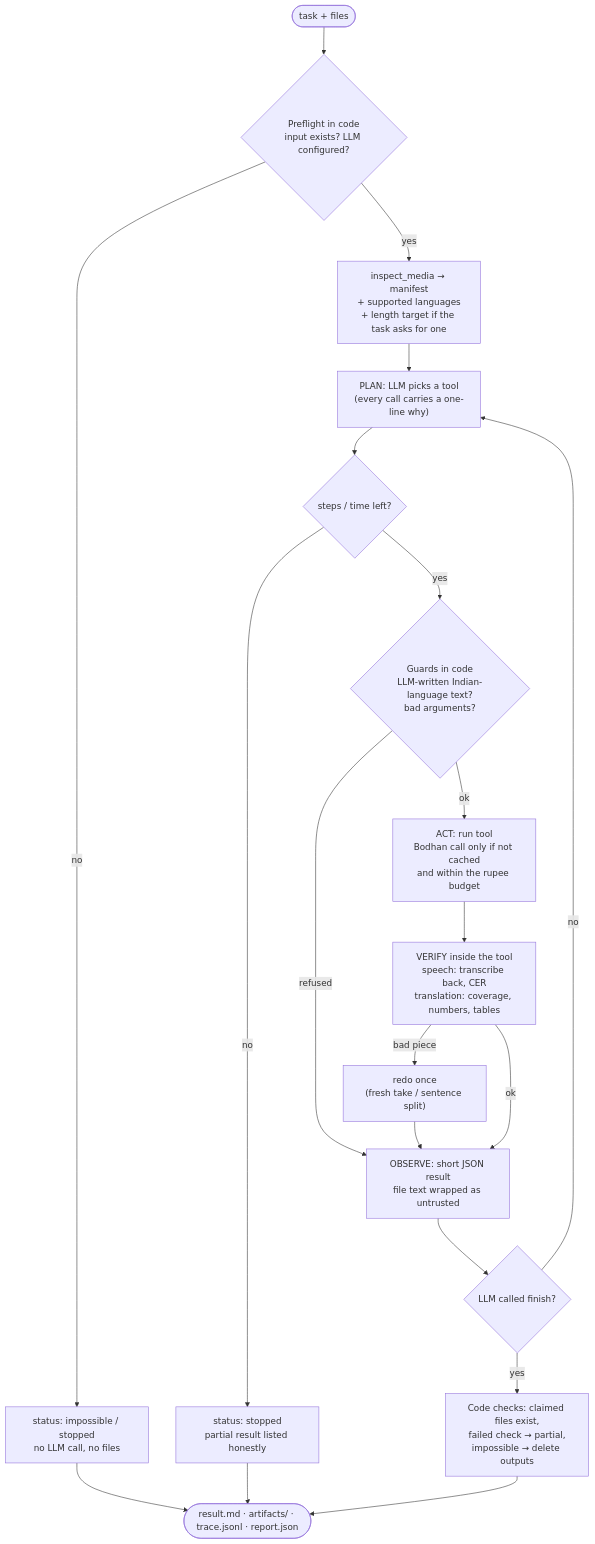
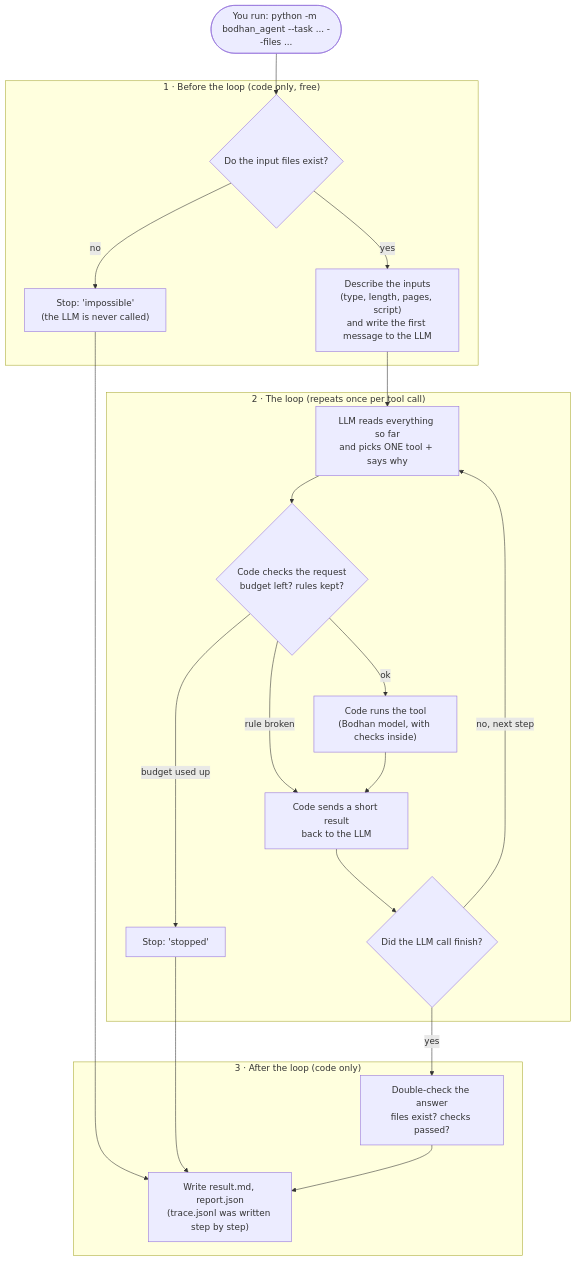
Before and after one commit to Bodhan-AI/Bodhan-AI-Cookbook: the second of 2 diagrams in examples/indic_task_agent/DESIGN.md, drawn with Mermaid. The commit also changed other lines of this file, not shown here.

Commit message:
docs(examples): simplify the agent flow chart and explain each step

````diff
--- a/examples/indic_task_agent/DESIGN.md
+++ b/examples/indic_task_agent/DESIGN.md
@@ -52,22 +54,33 @@
 ```mermaid
 flowchart TD
-    Start([task + files]) --> Pre{"Preflight in code<br/>input exists? LLM configured?"}
-    Pre -->|no| Fail["status: impossible / stopped<br/>no LLM call, no files"]
-    Pre -->|yes| Manifest["inspect_media → manifest<br/>+ supported languages<br/>+ length target if the task asks for one"]
-    Manifest --> Plan["PLAN: LLM picks a tool<br/>(every call carries a one-line why)"]
-    Plan --> Budget{"steps / time left?"}
-    Budget -->|no| Stop["status: stopped<br/>partial result listed honestly"]
-    Budget -->|yes| Guard{"Guards in code<br/>LLM-written Indian-language text?<br/>bad arguments?"}
-    Guard -->|refused| Observe
-    Guard -->|ok| Act["ACT: run tool<br/>Bodhan call only if not cached<br/>and within the rupee budget"]
-    Act --> Verify["VERIFY inside the tool<br/>speech: transcribe back, CER<br/>translation: coverage, numbers, tables"]
-    Verify -->|bad piece| Retry["redo once<br/>(fresh take / sentence split)"]
-    Retry --> Observe
-    Verify -->|ok| Observe["OBSERVE: short JSON result<br/>file text wrapped as untrusted"]
-    Observe --> Done{"LLM called finish?"}
-    Done -->|no| Plan
-    Done -->|yes| Final["Code checks: claimed files exist,<br/>failed check → partial,<br/>impossible → delete outputs"]
-    Final --> Out([result.md · artifacts/ · trace.jsonl · report.json])
-    Stop --> Out
-    Fail --> Out
+    A(["You run: python -m bodhan_agent --task ... --files ..."]) --> B
+
+    subgraph BEFORE["1 · Before the loop (code only, free)"]
+        B{"Do the input files exist?"}
+        B -->|no| X["Stop: 'impossible'<br/>(the LLM is never called)"]
+        B -->|yes| C["Describe the inputs<br/>(type, length, pages, script)<br/>and write the first message to the LLM"]
+    end
+
+    C --> D
+
+    subgraph LOOP["2 · The loop (repeats once per tool call)"]
+        D["LLM reads everything so far<br/>and picks ONE tool + says why"]
+        D --> E{"Code checks the request<br/>budget left? rules kept?"}
+        E -->|"budget used up"| Y["Stop: 'stopped'"]
+        E -->|"rule broken"| G
+        E -->|ok| F["Code runs the tool<br/>(Bodhan model, with checks inside)"]
+        F --> G["Code sends a short result<br/>back to the LLM"]
+        G --> H{"Did the LLM call finish?"}
+        H -->|no, next step| D
+    end
+
+    H -->|yes| I
+
+    subgraph AFTER["3 · After the loop (code only)"]
+        I["Double-check the answer<br/>files exist? checks passed?"]
+        I --> J["Write result.md, report.json<br/>(trace.jsonl was written step by step)"]
+    end
+
+    X --> J
+    Y --> J
 ```
````
